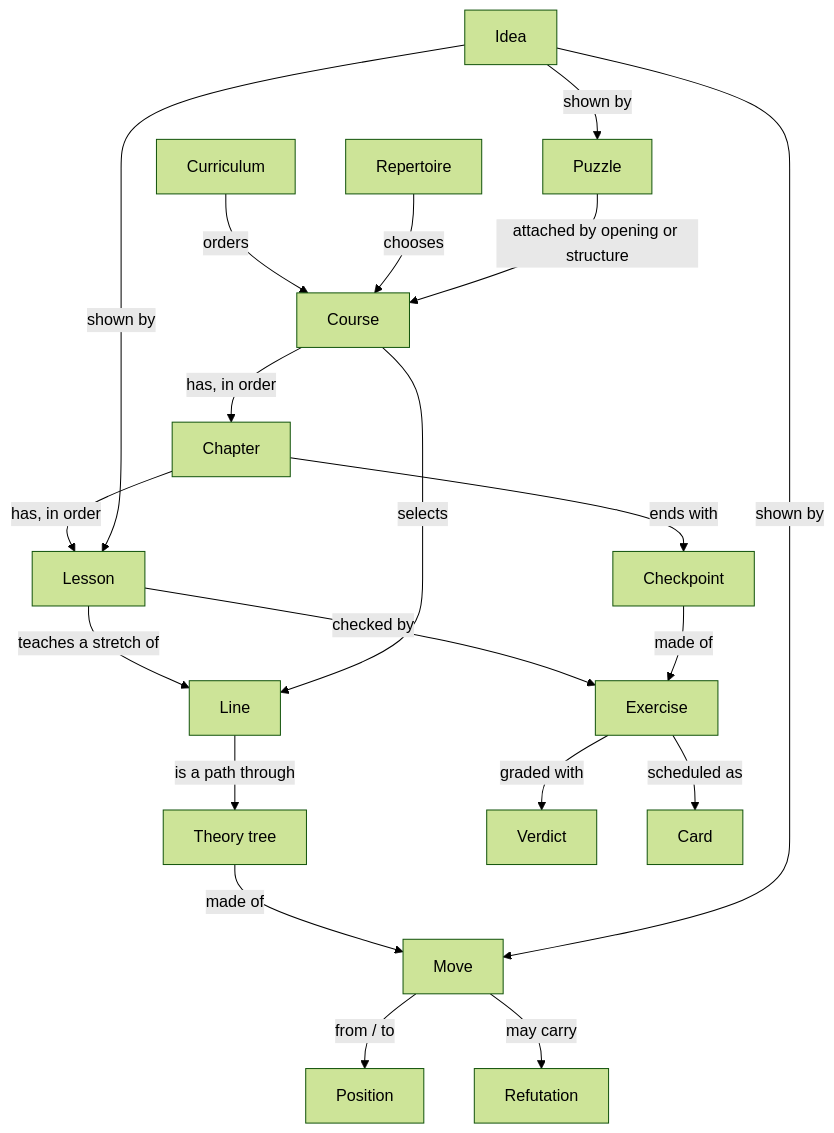
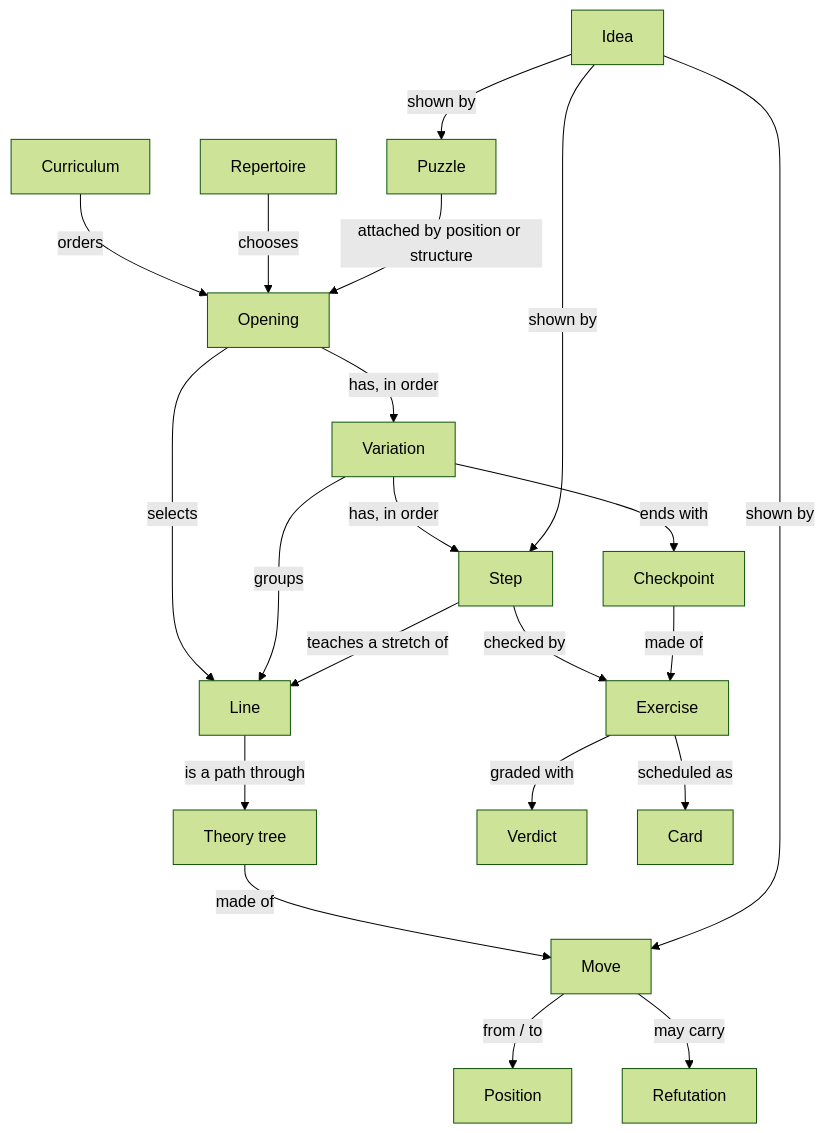
The diagram in docs/v2/model.md (njtwomey/knightschool), drawn with Mermaid (forest theme) before and after one commit. The commit also changed other lines of this file and 165 other files, not shown here.

Commit message:
Docs: v2 naming applied; components, pages, navigation, hooks, stores, patterns; schemas and config

````diff
--- a/docs/v2/model.md
+++ b/docs/v2/model.md
@@ -62,22 +70,23 @@
 ```mermaid
 graph TD
-  Curriculum -->|orders| Course
-  Repertoire -->|chooses| Course
-  Course -->|has, in order| Chapter
-  Chapter -->|has, in order| Lesson
-  Chapter -->|ends with| Checkpoint
-  Lesson -->|teaches a stretch of| Line
-  Course -->|selects| Line
+  Curriculum -->|orders| Opening
+  Repertoire -->|chooses| Opening
+  Opening -->|has, in order| Variation
+  Opening -->|selects| Line
+  Variation -->|groups| Line
+  Variation -->|has, in order| Step
+  Variation -->|ends with| Checkpoint
+  Step -->|teaches a stretch of| Line
   Line -->|is a path through| TheoryTree[Theory tree]
   TheoryTree -->|made of| Move
   Move -->|from / to| Position
   Move -->|may carry| Refutation
-  Idea -->|shown by| Lesson
+  Idea -->|shown by| Step
   Idea -->|shown by| Move
   Idea -->|shown by| Puzzle
-  Puzzle -->|attached by opening or structure| Course
-  Lesson -->|checked by| Exercise
+  Puzzle -->|attached by position or structure| Opening
+  Step -->|checked by| Exercise
   Checkpoint -->|made of| Exercise
   Exercise -->|graded with| Verdict
   Exercise -->|scheduled as| Card
 ```
````
